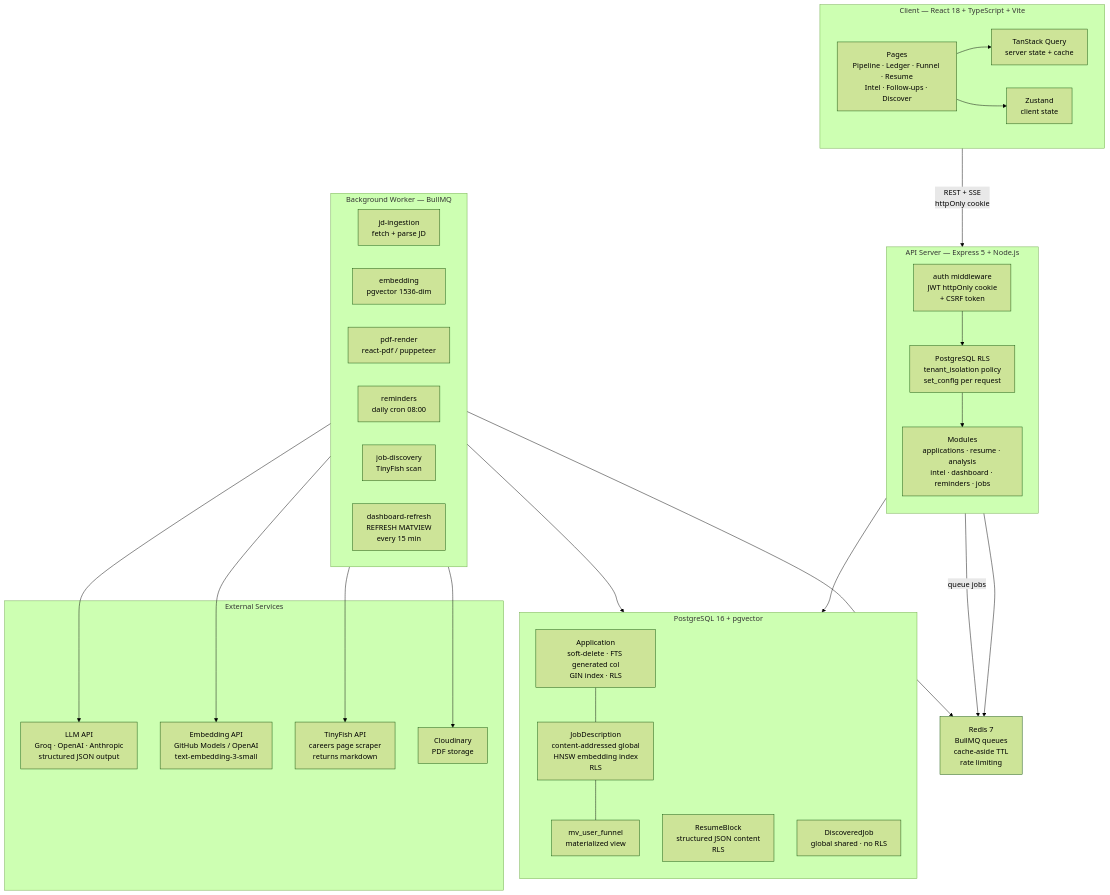
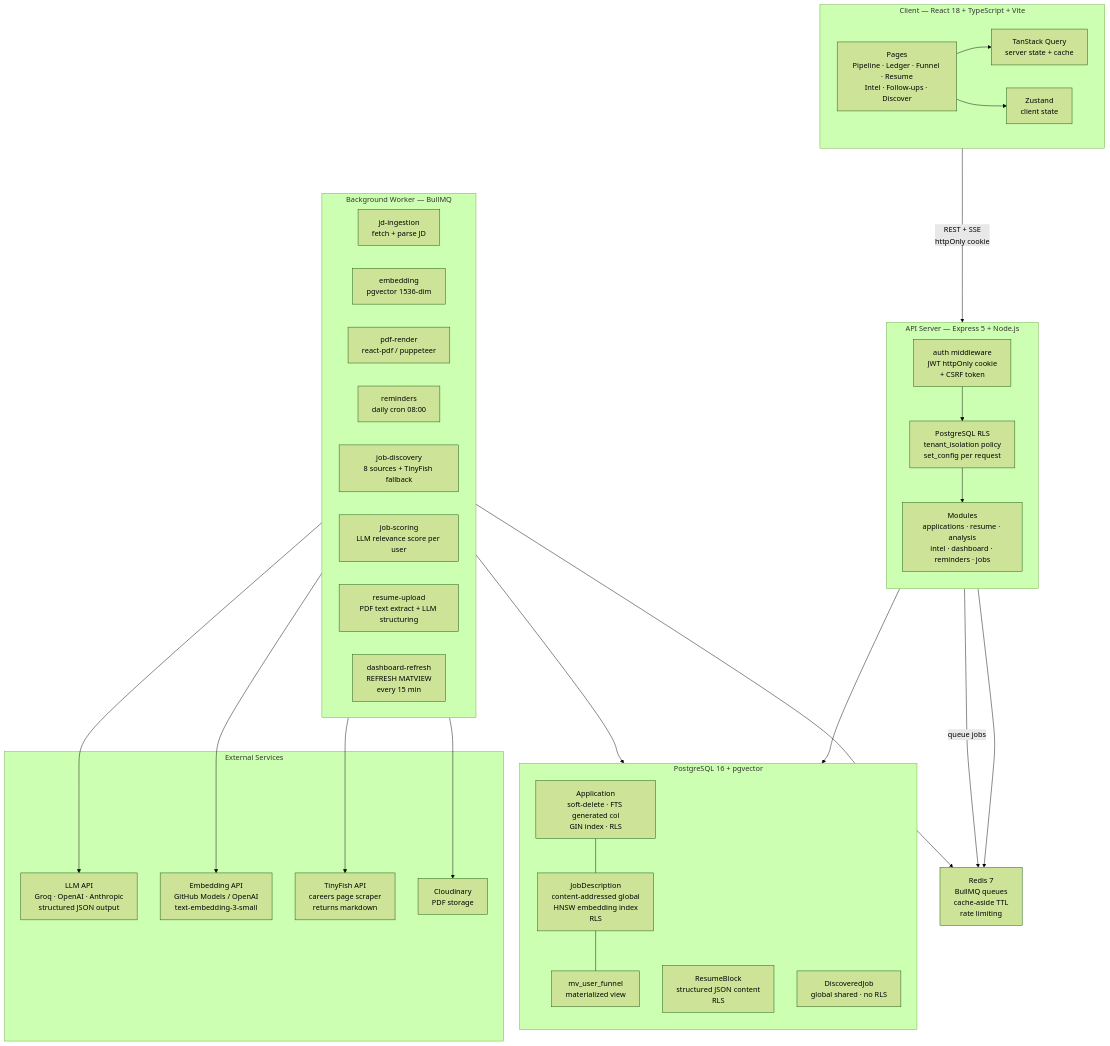
One commit to AdityaKrSingh26/Pursuit changed the diagram in README.md. Above: the diagram before and after it, drawn with Mermaid (forest theme). The commit also changed other lines of this file, not shown here.

First line of the commit message:
docs: update README for resume upload, real discovery sources, key rotation

````diff
--- a/README.md
+++ b/README.md
@@ -9,59 +9,61 @@
 ```mermaid
 graph TB
     subgraph Client["Client — React 18 + TypeScript + Vite"]
         UI["Pages\nPipeline · Ledger · Funnel · Resume\nIntel · Follow-ups · Discover"]
         TQ["TanStack Query\nserver state + cache"]
         ZS["Zustand\nclient state"]
         UI --> TQ
         UI --> ZS
     end
 
     subgraph API["API Server — Express 5 + Node.js"]
         direction TB
         AUTH["auth middleware\nJWT httpOnly cookie\n+ CSRF token"]
         RLS["PostgreSQL RLS\ntenant_isolation policy\nset_config per request"]
         MODS["Modules\napplications · resume · analysis\nintel · dashboard · reminders · jobs"]
         AUTH --> RLS
         RLS --> MODS
     end
 
     subgraph Worker["Background Worker — BullMQ"]
         WI["jd-ingestion\nfetch + parse JD"]
         WE["embedding\npgvector 1536-dim"]
         WP["pdf-render\nreact-pdf / puppeteer"]
         WR["reminders\ndaily cron 08:00"]
-        WD["job-discovery\nTinyFish scan"]
+        WD["job-discovery\n8 sources + TinyFish fallback"]
+        WS["job-scoring\nLLM relevance score per user"]
+        WRU["resume-upload\nPDF text extract + LLM structuring"]
         WMV["dashboard-refresh\nREFRESH MATVIEW\nevery 15 min"]
     end
 
     subgraph DB["PostgreSQL 16 + pgvector"]
         direction TB
         PG_APP["Application\nsoft-delete · FTS generated col\nGIN index · RLS"]
         PG_JD["JobDescription\ncontent-addressed global\nHNSW embedding index\nRLS"]
         PG_RB["ResumeBlock\nstructured JSON content\nRLS"]
         PG_DJ["DiscoveredJob\nglobal shared · no RLS"]
         PG_MV["mv_user_funnel\nmaterialized view"]
         PG_APP --- PG_JD
         PG_JD --- PG_MV
     end
 
     subgraph External["External Services"]
         LLM["LLM API\nGroq · OpenAI · Anthropic\nstructured JSON output"]
         EMB["Embedding API\nGitHub Models / OpenAI\ntext-embedding-3-small"]
         TF["TinyFish API\ncareers page scraper\nreturns markdown"]
         CDN["Cloudinary\nPDF storage"]
     end
 
     REDIS["Redis 7\nBullMQ queues\ncache-aside TTL\nrate limiting"]
 
     Client -->|"REST + SSE\nhttpOnly cookie"| API
     API --> DB
     API --> REDIS
     Worker --> DB
     Worker --> REDIS
     Worker --> LLM
     Worker --> EMB
     Worker --> TF
     Worker --> CDN
     MODS -->|"queue jobs"| REDIS
 ```
````
